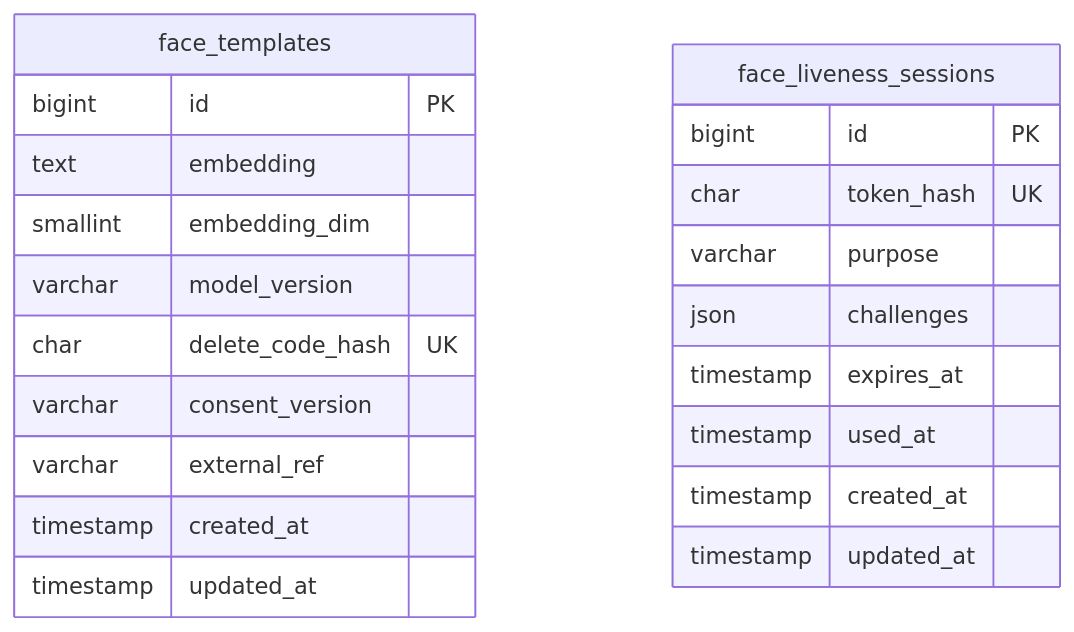
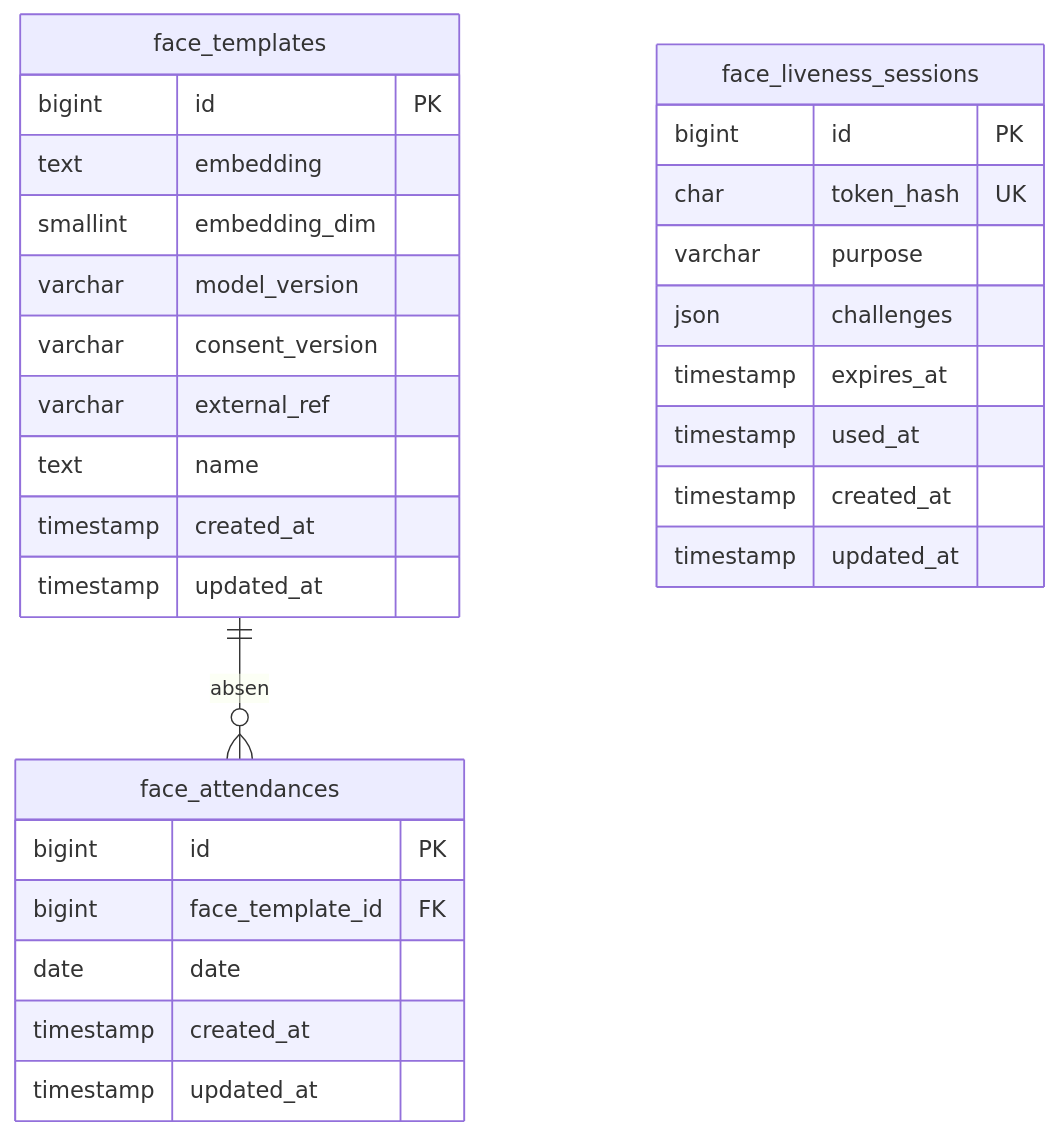
Before and after one commit to DitaPutraPratama/laravel_pengenalan_wajah: the diagram in docs/DATABASE.md, drawn with Mermaid. The commit also changed other lines of this file and 55 other files, not shown here.

First line of the commit message:
feat(account): switch to face login, name, daily attendance, and account deletion

````diff
--- a/docs/DATABASE.md
+++ b/docs/DATABASE.md
@@ -47,24 +61,32 @@
 ```mermaid
 erDiagram
     face_templates {
         bigint id PK
         text embedding
         smallint embedding_dim
         varchar model_version
-        char delete_code_hash UK
         varchar consent_version
         varchar external_ref
+        text name
         timestamp created_at
         timestamp updated_at
     }
+    face_attendances {
+        bigint id PK
+        bigint face_template_id FK
+        date date
+        timestamp created_at
+        timestamp updated_at
+    }
+    face_templates ||--o{ face_attendances : "absen"
     face_liveness_sessions {
         bigint id PK
         char token_hash UK
         varchar purpose
         json challenges
         timestamp expires_at
         timestamp used_at
         timestamp created_at
         timestamp updated_at
     }
 ```
````
